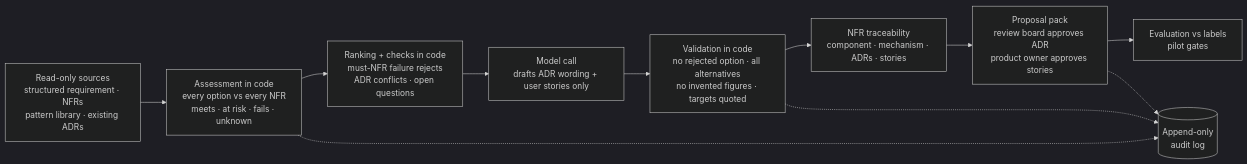
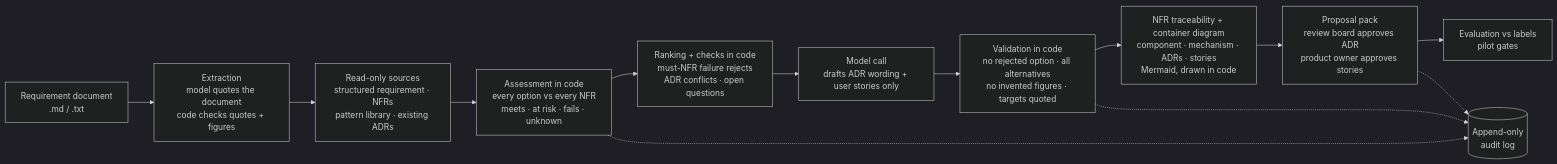
The third of 3 diagrams in README.md (pradeepkumarsahoo/Enterprise-ai-engineering-platform), drawn with Mermaid (dark theme) before and after one commit. The commit also changed other lines of this file and 130 other files, not shown here.

````diff
--- a/README.md
+++ b/README.md
@@ -457,13 +470,15 @@
 ```mermaid
 flowchart LR
+    R[Requirement document<br/>.md / .txt] --> X[Extraction<br/>model quotes the document<br/>code checks quotes + figures]
+    X --> A
     A[Read-only sources<br/>structured requirement · NFRs<br/>pattern library · existing ADRs] --> B[Assessment in code<br/>every option vs every NFR<br/>meets · at risk · fails · unknown]
     B --> C[Ranking + checks in code<br/>must-NFR failure rejects<br/>ADR conflicts · open questions]
     C --> D[Model call<br/>drafts ADR wording + user stories only]
     D --> E[Validation in code<br/>no rejected option · all alternatives<br/>no invented figures · targets quoted]
-    E --> F[NFR traceability<br/>component · mechanism · ADRs · stories]
+    E --> F[NFR traceability + container diagram<br/>component · mechanism · ADRs · stories<br/>Mermaid, drawn in code]
     F --> G[Proposal pack<br/>review board approves ADR<br/>product owner approves stories]
     G --> H[Evaluation vs labels<br/>pilot gates]
     B -.-> L[(Append-only<br/>audit log)]
     E -.-> L
     G -.-> L
 ```
````
